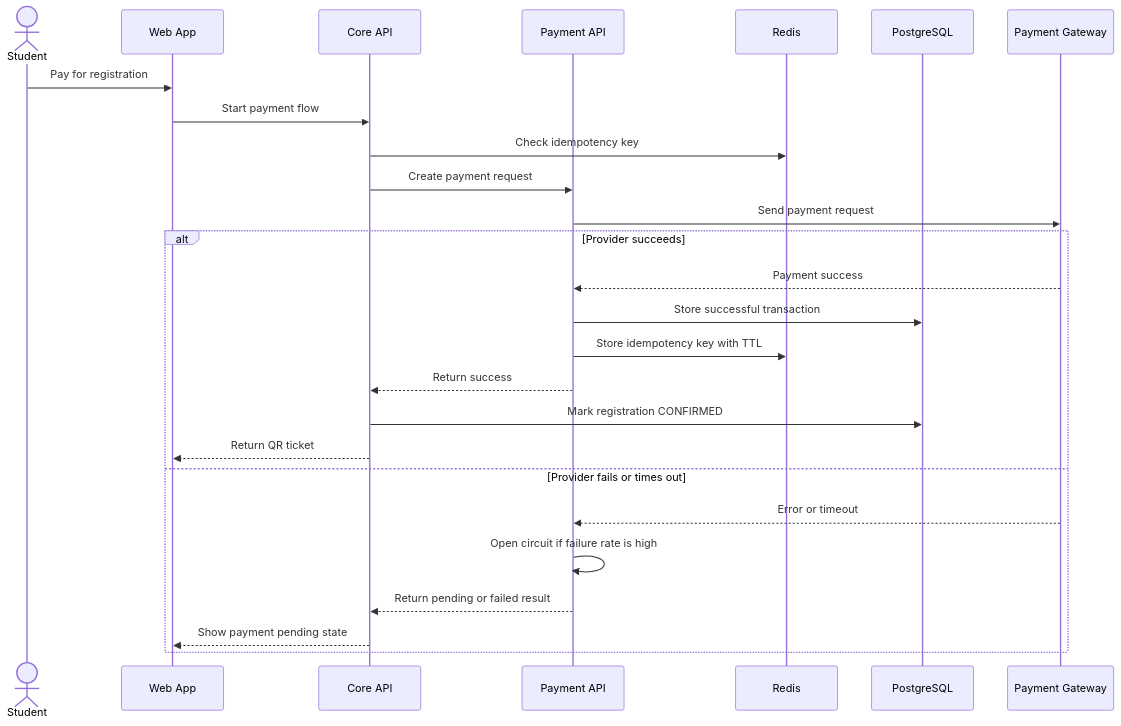
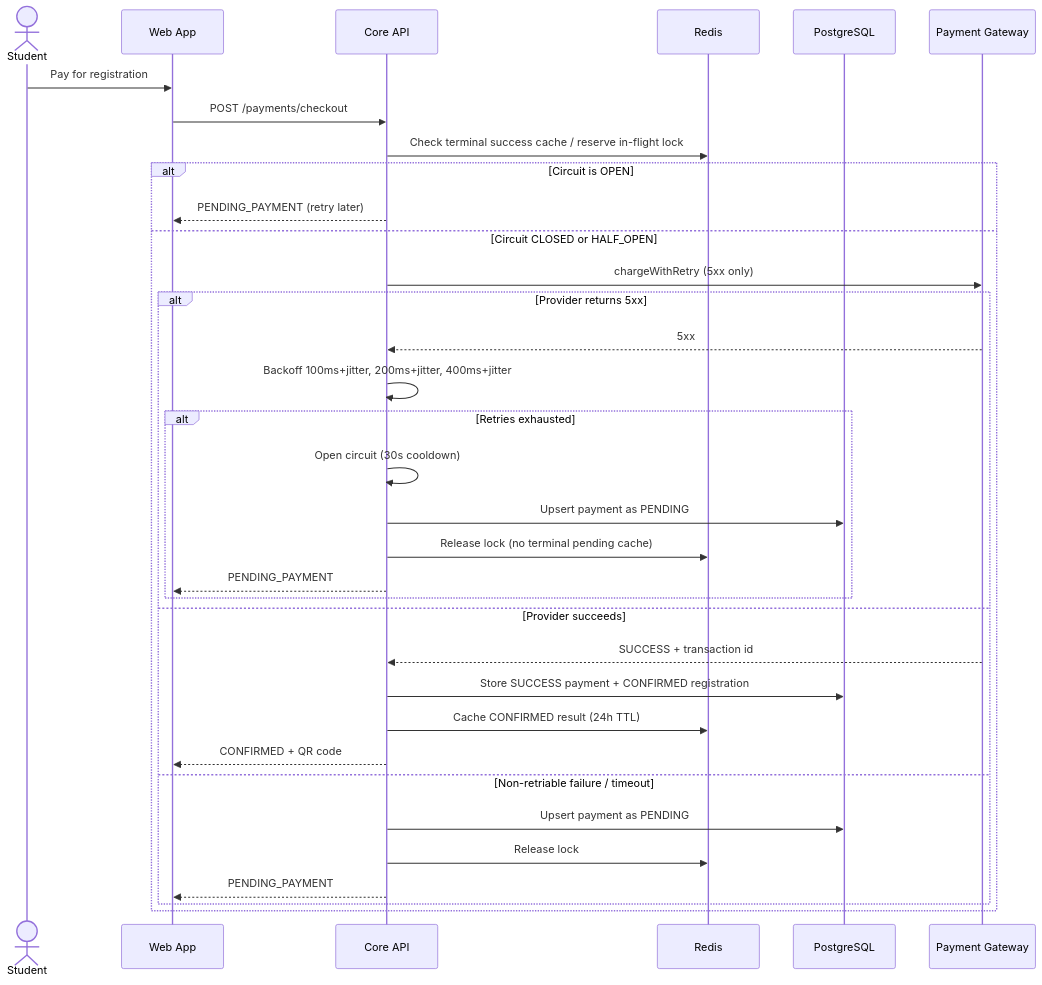
Before and after one commit to AkiraTomori/unihub_workshop: the diagram in blueprint/specs/payment.md, drawn with Mermaid. The commit also changed other lines of this file and 1 other file, not shown here.

Commit message:
feat: Update Payment documentation

````diff
--- a/blueprint/specs/payment.md
+++ b/blueprint/specs/payment.md
@@ -21,29 +36,37 @@
 ```mermaid
 sequenceDiagram
     actor Student
     participant App as Web App
     participant Core as Core API
-    participant Pay as Payment API
     participant Redis as Redis
     participant PG as PostgreSQL
     participant Provider as Payment Gateway
 
     Student->>App: Pay for registration
-    App->>Core: Start payment flow
-    Core->>Redis: Check idempotency key
-    Core->>Pay: Create payment request
-    Pay->>Provider: Send payment request
-    alt Provider succeeds
-        Provider-->>Pay: Payment success
-        Pay->>PG: Store successful transaction
-        Pay->>Redis: Store idempotency key with TTL
-        Pay-->>Core: Return success
-        Core->>PG: Mark registration CONFIRMED
-        Core-->>App: Return QR ticket
-    else Provider fails or times out
-        Provider-->>Pay: Error or timeout
-        Pay->>Pay: Open circuit if failure rate is high
-        Pay-->>Core: Return pending or failed result
-        Core-->>App: Show payment pending state
+    App->>Core: POST /payments/checkout
+    Core->>Redis: Check terminal success cache / reserve in-flight lock
+    alt Circuit is OPEN
+        Core-->>App: PENDING_PAYMENT (retry later)
+    else Circuit CLOSED or HALF_OPEN
+        Core->>Provider: chargeWithRetry (5xx only)
+        alt Provider returns 5xx
+            Provider-->>Core: 5xx
+            Core->>Core: Backoff 100ms+jitter, 200ms+jitter, 400ms+jitter
+            alt Retries exhausted
+                Core->>Core: Open circuit (30s cooldown)
+                Core->>PG: Upsert payment as PENDING
+                Core->>Redis: Release lock (no terminal pending cache)
+                Core-->>App: PENDING_PAYMENT
+            end
+        else Provider succeeds
+            Provider-->>Core: SUCCESS + transaction id
+            Core->>PG: Store SUCCESS payment + CONFIRMED registration
+            Core->>Redis: Cache CONFIRMED result (24h TTL)
+            Core-->>App: CONFIRMED + QR code
+        else Non-retriable failure / timeout
+            Core->>PG: Upsert payment as PENDING
+            Core->>Redis: Release lock
+            Core-->>App: PENDING_PAYMENT
+        end
     end
 ```
````
